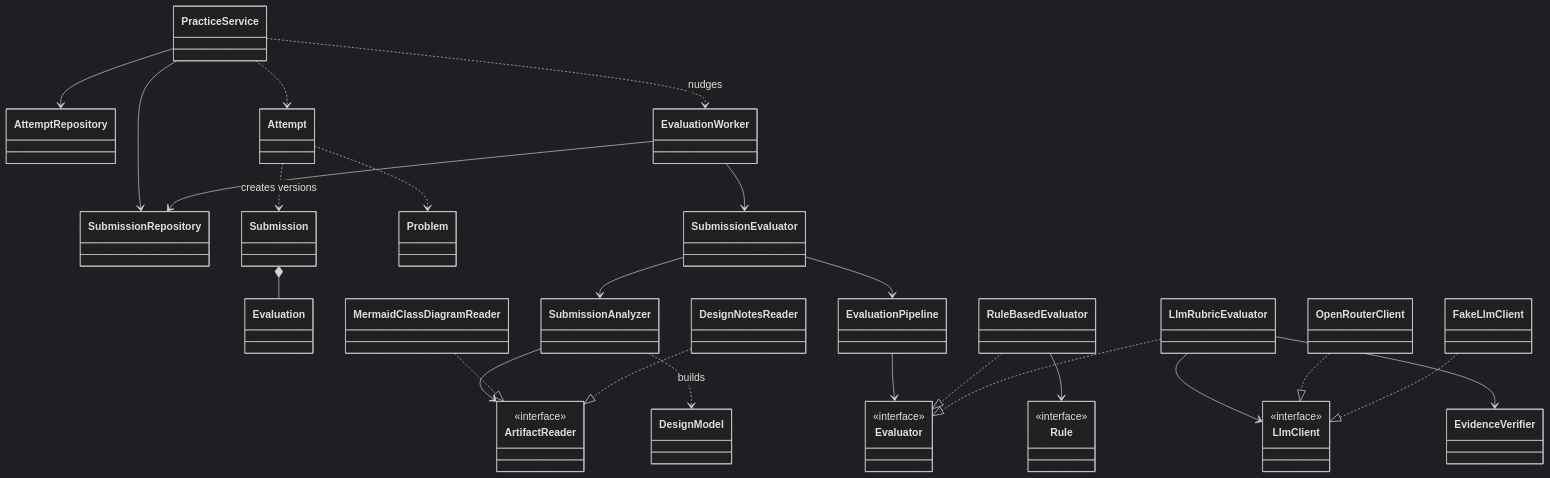
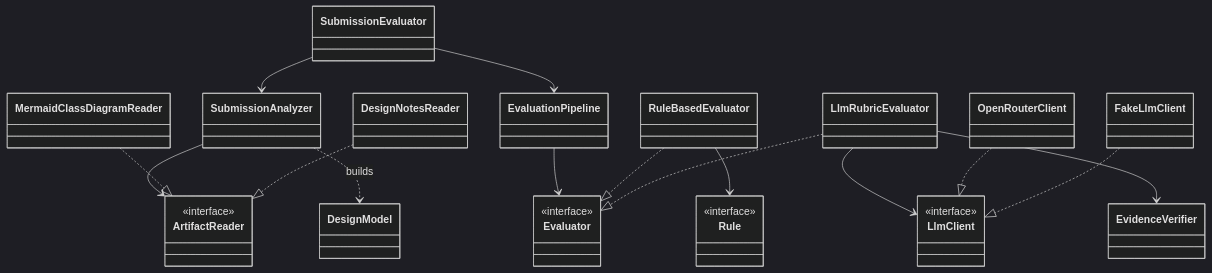
The third of 5 diagrams in docs/design-note.md (DevankS5/designkata), drawn with Mermaid (dark theme) before and after one commit. The commit also changed other lines of this file, not shown here.

Commit message:
Split the domain diagram so it reads in print
One diagram of 23 classes printed too small to read. The design note now shows the practice side and the evaluation side separately, and the state diagram runs left to right so its labels no longer collide.

````diff
--- a/docs/design-note.md
+++ b/docs/design-note.md
@@ -36,30 +54,21 @@
 ```mermaid
 classDiagram
-  PracticeService --> AttemptRepository
-  PracticeService --> SubmissionRepository
-  PracticeService ..> Attempt
-  PracticeService ..> EvaluationWorker : nudges
-  Attempt ..> Submission : creates versions
-  Attempt ..> Problem
-  Submission *-- Evaluation
-  EvaluationWorker --> SubmissionRepository
-  EvaluationWorker --> SubmissionEvaluator
   SubmissionEvaluator --> SubmissionAnalyzer
   SubmissionEvaluator --> EvaluationPipeline
   SubmissionAnalyzer --> ArtifactReader
   SubmissionAnalyzer ..> DesignModel : builds
   MermaidClassDiagramReader ..|> ArtifactReader
   DesignNotesReader ..|> ArtifactReader
   EvaluationPipeline --> Evaluator
   RuleBasedEvaluator ..|> Evaluator
   LlmRubricEvaluator ..|> Evaluator
   RuleBasedEvaluator --> Rule
   LlmRubricEvaluator --> LlmClient
   LlmRubricEvaluator --> EvidenceVerifier
   OpenRouterClient ..|> LlmClient
   FakeLlmClient ..|> LlmClient
   class ArtifactReader { <<interface>> }
   class Evaluator { <<interface>> }
   class Rule { <<interface>> }
   class LlmClient { <<interface>> }
 ```
````
